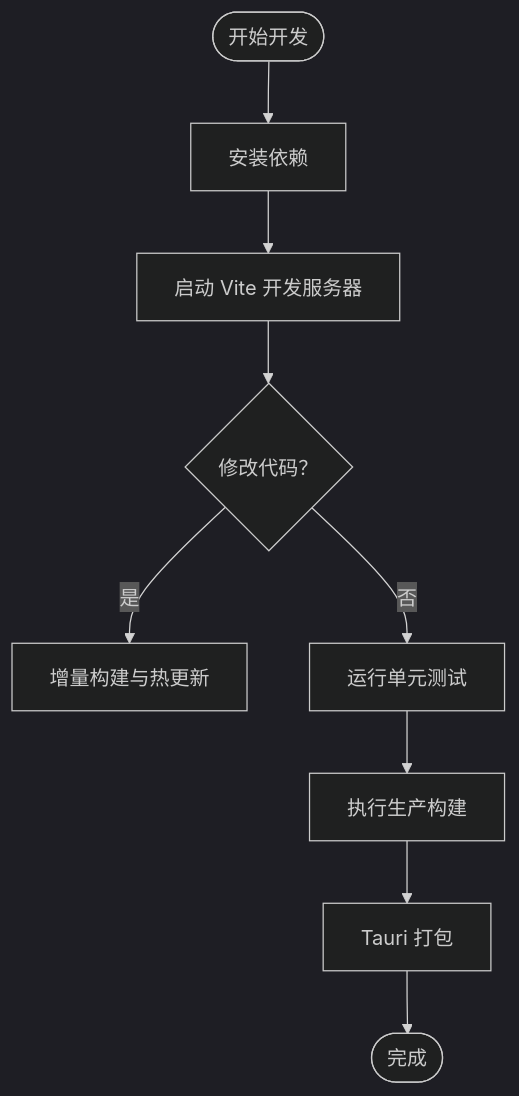
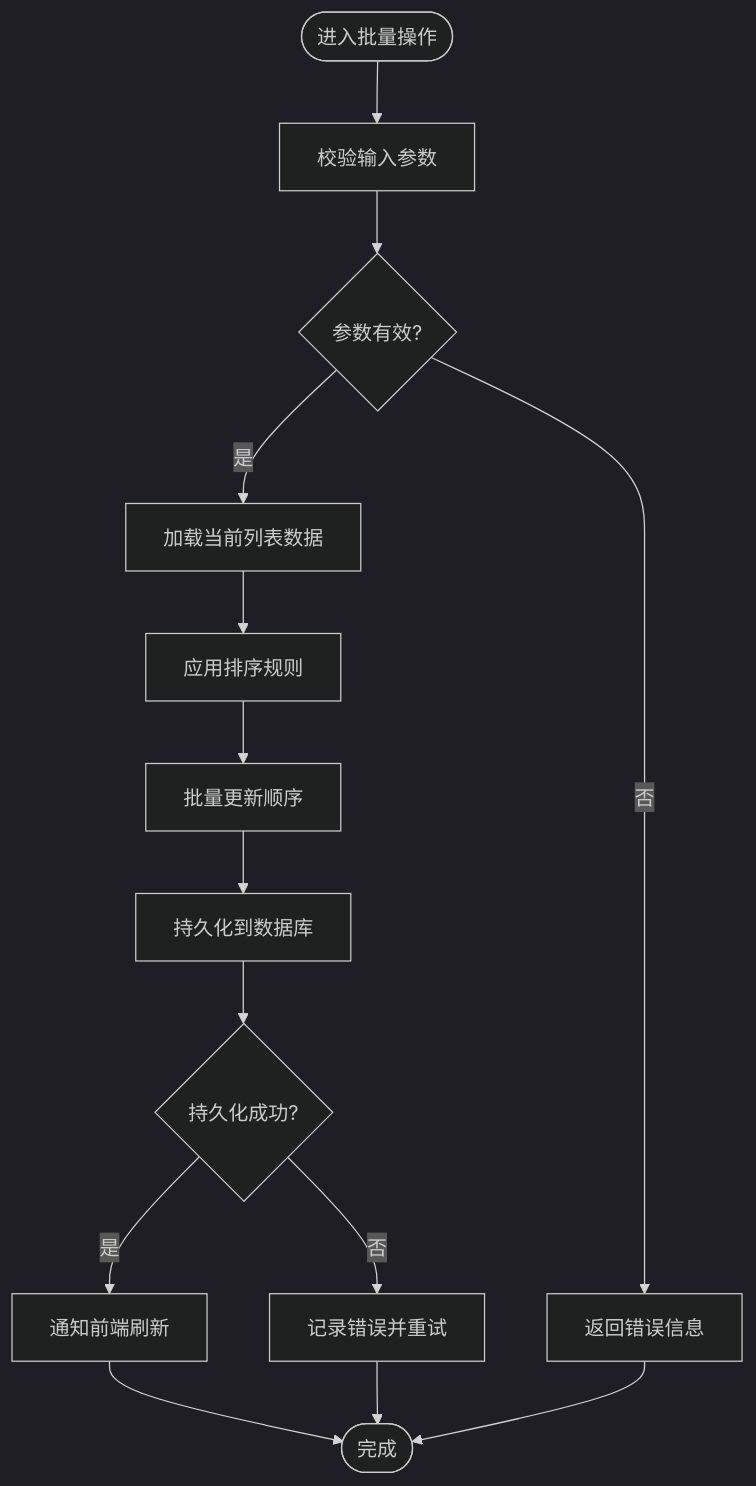
The fifth of 6 diagrams in .qoder/repowiki/zh/content/开发指南/开发指南.md (gzdxhujiale/FishWorker), drawn with Mermaid (dark theme) before and after one commit. The commit also changed other lines of this file and 238 other files, not shown here.

````diff
--- a/.qoder/repowiki/zh/content/开发指南/开发指南.md
+++ b/.qoder/repowiki/zh/content/开发指南/开发指南.md
@@ -166,11 +288,16 @@
 ```mermaid
 flowchart TD
-Start(["开始开发"]) --> Install["安装依赖"]
-Install --> DevServer["启动 Vite 开发服务器"]
-DevServer --> HotReload{"修改代码？"}
-HotReload --> |是| Rebuild["增量构建与热更新"]
-HotReload --> |否| Test["运行单元测试"]
-Test --> Build["执行生产构建"]
-Build --> Package["Tauri 打包"]
-Package --> End(["完成"])
+Start(["进入批量操作"]) --> Validate["校验输入参数"]
+Validate --> Valid{"参数有效?"}
+Valid --> |否| ReturnErr["返回错误信息"]
+Valid --> |是| LoadData["加载当前列表数据"]
+LoadData --> ApplyOrder["应用排序规则"]
+ApplyOrder --> BatchUpdate["批量更新顺序"]
+BatchUpdate --> Persist["持久化到数据库"]
+Persist --> Success{"持久化成功?"}
+Success --> |否| HandleError["记录错误并重试"]
+Success --> |是| NotifyUI["通知前端刷新"]
+NotifyUI --> End(["完成"])
+HandleError --> End
+ReturnErr --> End
 ```
````
